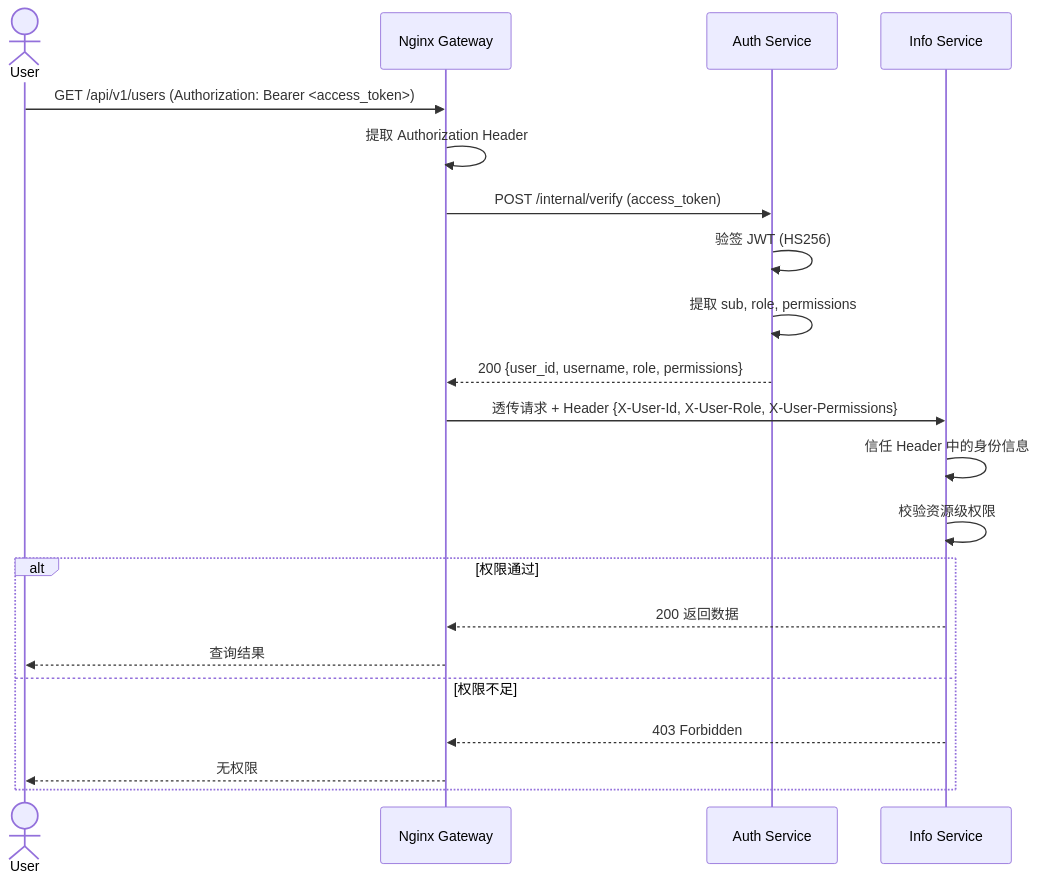
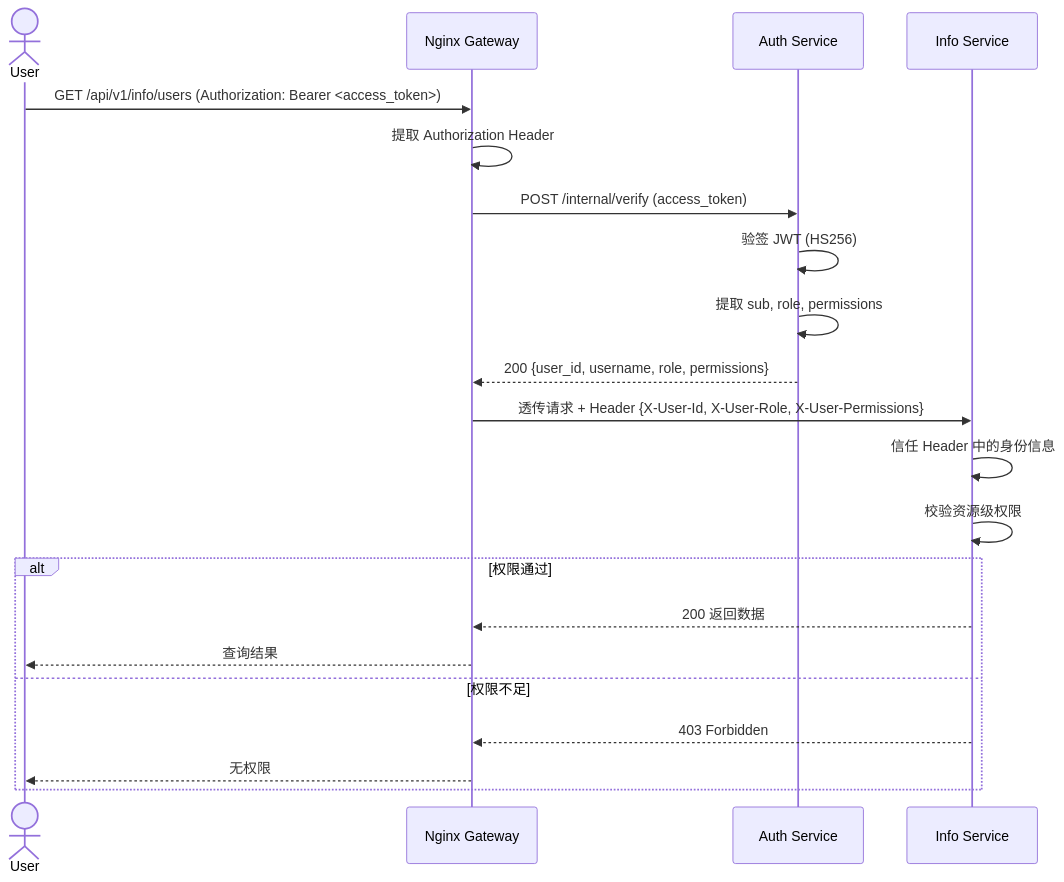
Before and after one commit to au12321ua/group1-base: the third of 3 diagrams in docs/design/v2/04-security-architecture.md, drawn with Mermaid. The commit also changed 13 other files, not shown here.

````diff
--- a/docs/design/v2/04-security-architecture.md
+++ b/docs/design/v2/04-security-architecture.md
@@ -65,24 +65,24 @@
 ```mermaid
 sequenceDiagram
     actor User
     participant Gateway as Nginx Gateway
     participant Auth as Auth Service
     participant Info as Info Service
 
-    User->>Gateway: GET /api/v1/users (Authorization: Bearer <access_token>)
+    User->>Gateway: GET /api/v1/info/users (Authorization: Bearer <access_token>)
     Gateway->>Gateway: 提取 Authorization Header
     Gateway->>Auth: POST /internal/verify (access_token)
     Auth->>Auth: 验签 JWT (HS256)
     Auth->>Auth: 提取 sub, role, permissions
     Auth-->>Gateway: 200 {user_id, username, role, permissions}
     Gateway->>Info: 透传请求 + Header {X-User-Id, X-User-Role, X-User-Permissions}
     Info->>Info: 信任 Header 中的身份信息
     Info->>Info: 校验资源级权限
     alt 权限通过
         Info-->>Gateway: 200 返回数据
         Gateway-->>User: 查询结果
     else 权限不足
         Info-->>Gateway: 403 Forbidden
         Gateway-->>User: 无权限
     end
 ```
````
